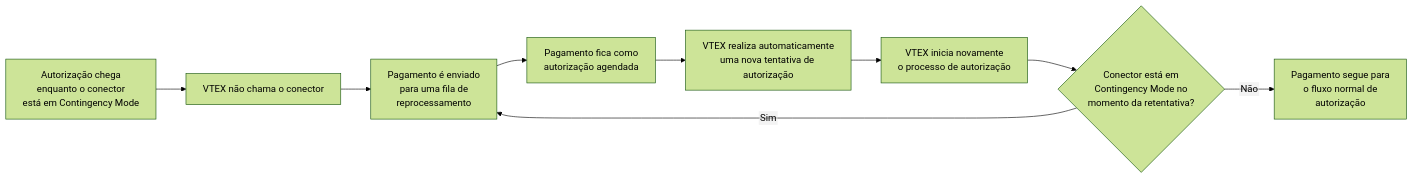
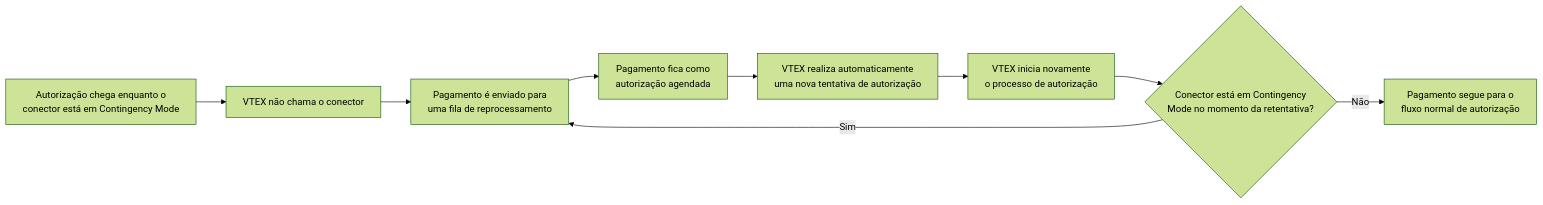
The second of 2 diagrams in docs/pt/tutorials/pagamentos/transações/mode-off-faq.md (vtexdocs/help-center-content), drawn with Mermaid (forest theme) before and after one commit. The commit also changed other lines of this file and 2 other files, not shown here.

Commit message:
update: edu-18553 fix mermaid node text clipping in contingency mode faq
Cap every flowchart node at two lines and raise wrappingWidth so labels don't wrap into a third line, which the Help Center renderer clips at the bottom of the box.

````diff
--- a/docs/pt/tutorials/pagamentos/transações/mode-off-faq.md
+++ b/docs/pt/tutorials/pagamentos/transações/mode-off-faq.md
@@ -128,12 +128,12 @@
 ```mermaid
-%%{init: {'flowchart': {'htmlLabels': false, 'useMaxWidth': false, 'wrappingWidth': 220, 'padding': 14}}}%%
+%%{init: {'flowchart': {'htmlLabels': true, 'useMaxWidth': false, 'wrappingWidth': 500, 'padding': 14}}}%%
 flowchart LR
-    A["Autorização chega<br/>enquanto o conector<br/>está em Contingency Mode"] --> B["VTEX não chama o conector"]
-    B --> C["Pagamento é enviado<br/>para uma fila de<br/>reprocessamento"]
+    A["Autorização chega enquanto o<br/>conector está em Contingency Mode"] --> B["VTEX não chama o conector"]
+    B --> C["Pagamento é enviado para<br/>uma fila de reprocessamento"]
     C --> D["Pagamento fica como<br/>autorização agendada"]
     D --> E["VTEX realiza automaticamente<br/>uma nova tentativa de autorização"]
     E --> F["VTEX inicia novamente<br/>o processo de autorização"]
-    F --> G{"Conector está em<br/>Contingency Mode no<br/>momento da retentativa?"}
+    F --> G{"Conector está em Contingency<br/>Mode no momento da retentativa?"}
     G -- "Sim" --> C
-    G -- "Não" --> H["Pagamento segue para<br/>o fluxo normal de<br/>autorização"]
+    G -- "Não" --> H["Pagamento segue para o<br/>fluxo normal de autorização"]
 ```
````
